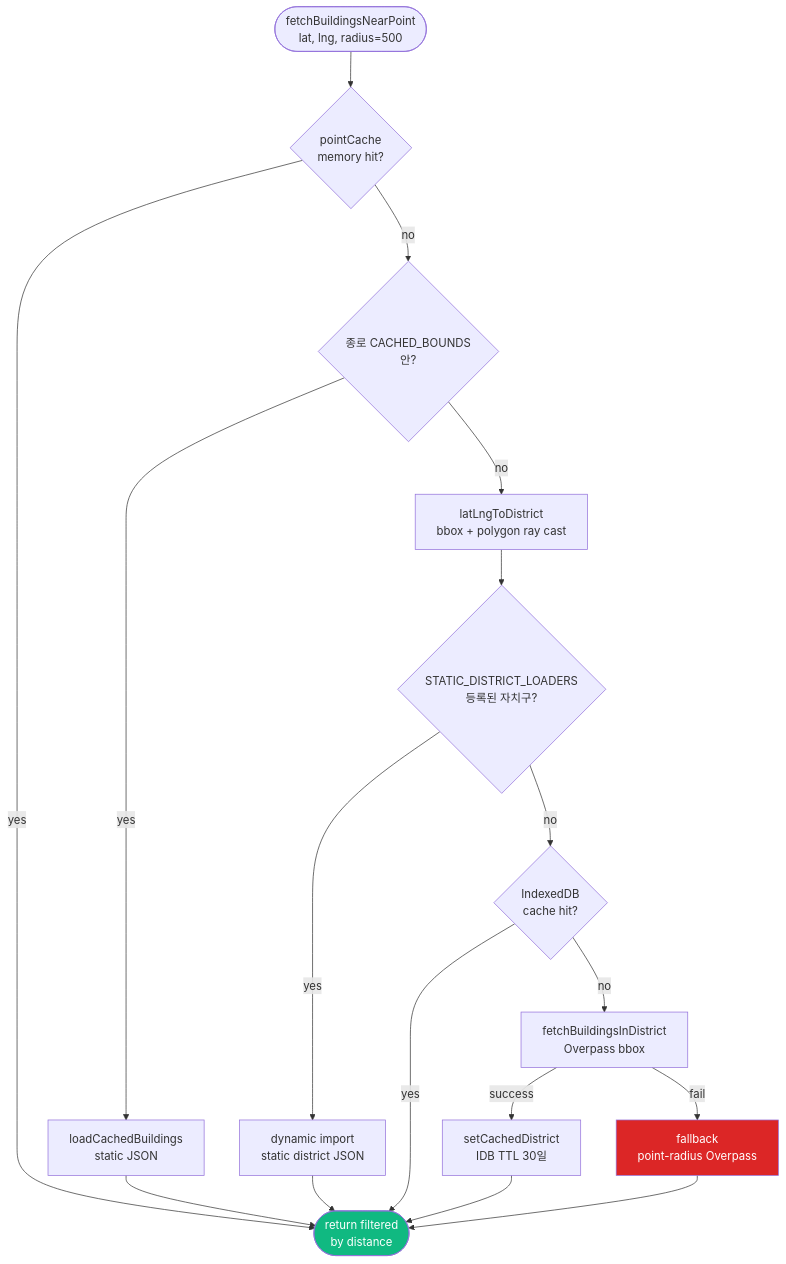
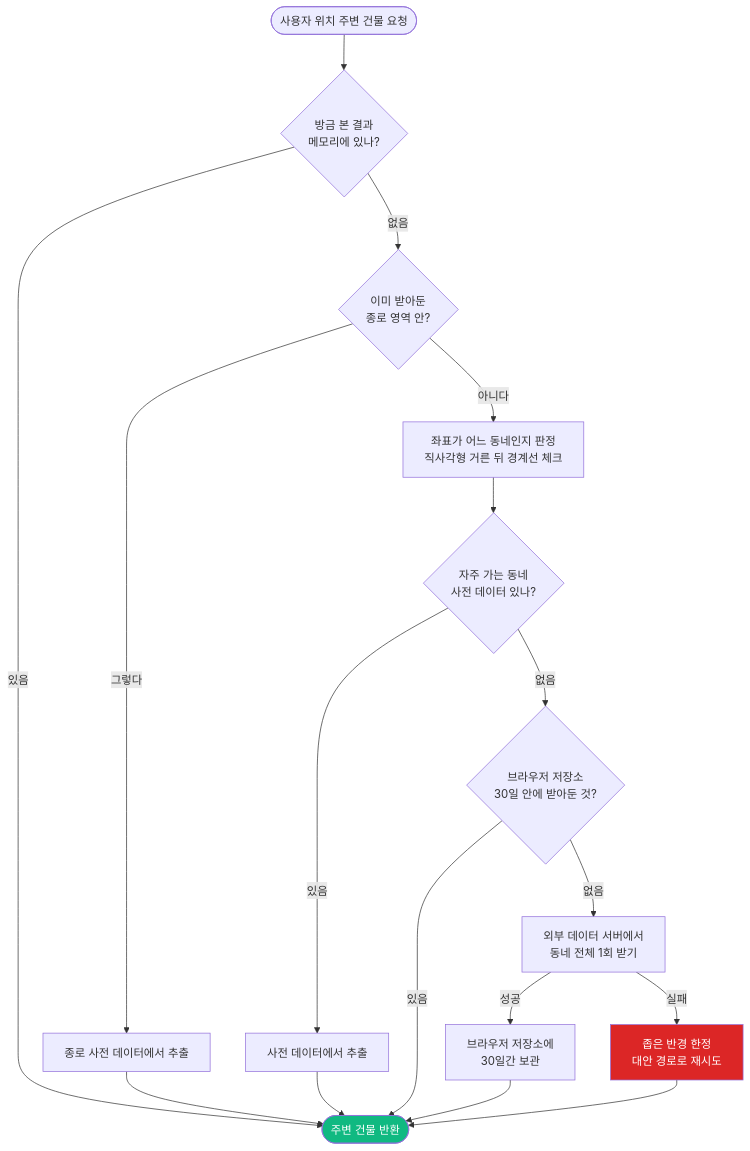
Before and after one commit to jungwon123/seoul-ai-guide: the first of 15 diagrams in docs/portfolio-tech-highlights-diagrams.md, drawn with Mermaid. The commit also changed other lines of this file, not shown here.

Commit message:
docs: 다이어그램 1번 — 비전공자 친화 표현으로 교체
함수명/기술용어(fetchBuildingsNearPoint, pointCache, IndexedDB, Overpass,
TTL, bbox, polygon ray cast 등) 를 한국어 일반 표현으로 교체:
- 좌표 → 사용자 위치
- 자치구 → 동네
- bbox + polygon ray cast → 직사각형 거른 뒤 경계선 체크
- IndexedDB → 브라우저 저장소
- Overpass → 외부 데이터 서버
- TTL 30일 → 30일간 보관
- fallback → 대안 경로

흐름/로직 동일. 다른 다이어그램들은 추후 동일 패턴으로 교체 가능.

````diff
--- a/docs/portfolio-tech-highlights-diagrams.md
+++ b/docs/portfolio-tech-highlights-diagrams.md
@@ -11,21 +11,21 @@
 ```mermaid
 flowchart TD
-    Start([fetchBuildingsNearPoint<br/>lat, lng, radius=500]) --> P{pointCache<br/>memory hit?}
-    P -- yes --> Return([return filtered<br/>by distance])
-    P -- no --> J{종로 CACHED_BOUNDS<br/>안?}
-    J -- yes --> JC[loadCachedBuildings<br/>static JSON]
+    Start([사용자 위치 주변 건물 요청]) --> P{방금 본 결과<br/>메모리에 있나?}
+    P -- 있음 --> Return([주변 건물 반환])
+    P -- 없음 --> J{이미 받아둔<br/>종로 영역 안?}
+    J -- 그렇다 --> JC[종로 사전 데이터에서 추출]
     JC --> Return
-    J -- no --> D[latLngToDistrict<br/>bbox + polygon ray cast]
-    D --> SL{STATIC_DISTRICT_LOADERS<br/>등록된 자치구?}
-    SL -- yes --> SLoad[dynamic import<br/>static district JSON]
+    J -- 아니다 --> D[좌표가 어느 동네인지 판정<br/>직사각형 거른 뒤 경계선 체크]
+    D --> SL{자주 가는 동네<br/>사전 데이터 있나?}
+    SL -- 있음 --> SLoad[사전 데이터에서 추출]
     SLoad --> Return
-    SL -- no --> IDB{IndexedDB<br/>cache hit?}
-    IDB -- yes --> Return
-    IDB -- no --> OF[fetchBuildingsInDistrict<br/>Overpass bbox]
-    OF -- success --> Save[setCachedDistrict<br/>IDB TTL 30일]
+    SL -- 없음 --> IDB{브라우저 저장소<br/>30일 안에 받아둔 것?}
+    IDB -- 있음 --> Return
+    IDB -- 없음 --> OF[외부 데이터 서버에서<br/>동네 전체 1회 받기]
+    OF -- 성공 --> Save[브라우저 저장소에<br/>30일간 보관]
     Save --> Return
-    OF -- fail --> FB[fallback<br/>point-radius Overpass]
+    OF -- 실패 --> FB[좁은 반경 한정<br/>대안 경로로 재시도]
     FB --> Return
     style Return fill:#10B981,color:#fff
     style FB fill:#DC2626,color:#fff
 ```
````
